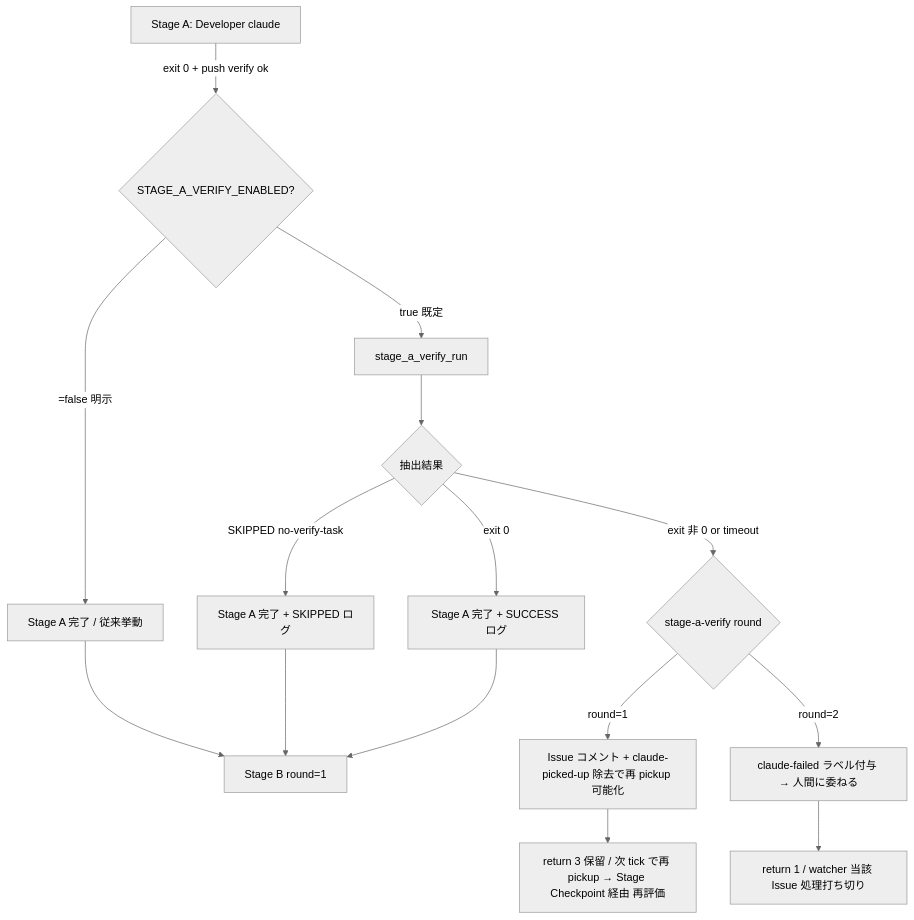
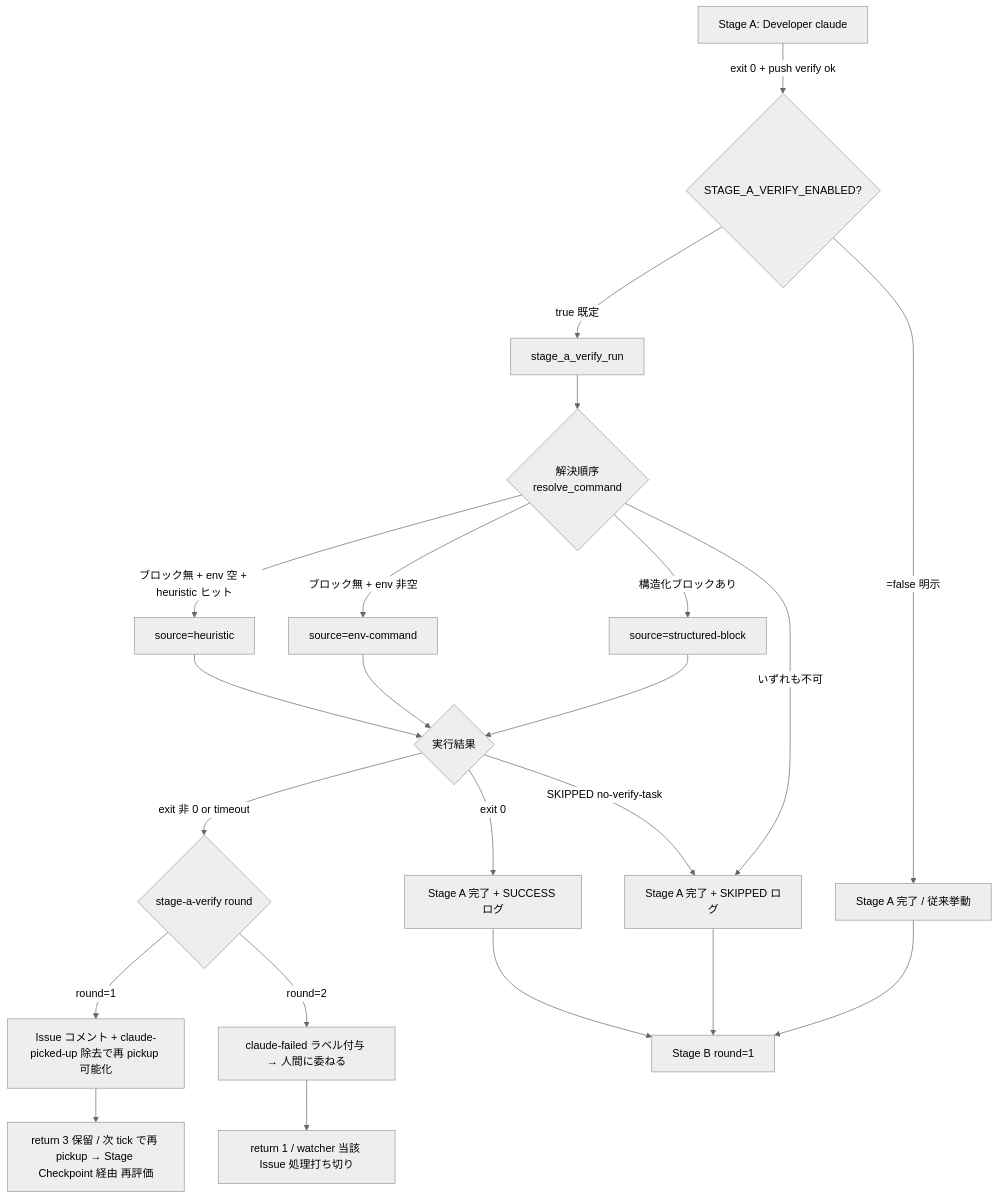
The second of 2 diagrams in README.md (hitoshiichikawa/idd-claude), drawn with Mermaid (neutral theme) before and after one commit. The commit also changed other lines of this file, not shown here.

````diff
--- a/README.md
+++ b/README.md
@@ -3322,17 +3322,24 @@
 ```mermaid
 flowchart TD
     A[Stage A: Developer claude] -->|exit 0 + push verify ok| V{STAGE_A_VERIFY_ENABLED?}
     V -->|=false 明示| OK1[Stage A 完了 / 従来挙動]
     V -->|true 既定| X[stage_a_verify_run]
-    X --> X1{抽出結果}
+    X --> RS{解決順序<br/>resolve_command}
+    RS -->|構造化ブロックあり| SRC1[source=structured-block]
+    RS -->|ブロック無 + env 非空| SRC2[source=env-command]
+    RS -->|ブロック無 + env 空 + heuristic ヒット| SRC3[source=heuristic]
+    RS -->|いずれも不可| OK2
+    SRC1 --> X1{実行結果}
+    SRC2 --> X1
+    SRC3 --> X1
     X1 -->|SKIPPED no-verify-task| OK2[Stage A 完了 + SKIPPED ログ]
     X1 -->|exit 0| OK3[Stage A 完了 + SUCCESS ログ]
     X1 -->|exit 非 0 or timeout| F{stage-a-verify round}
     F -->|round=1| NI[Issue コメント + claude-picked-up 除去で再 pickup 可能化]
     F -->|round=2| FAIL[claude-failed ラベル付与 → 人間に委ねる]
     NI --> RET[return 3 保留 / 次 tick で再 pickup → Stage Checkpoint 経由 再評価]
     FAIL --> RET2[return 1 / watcher 当該 Issue 処理打ち切り]
     OK1 --> SB[Stage B round=1]
     OK2 --> SB
     OK3 --> SB
 ```
````
